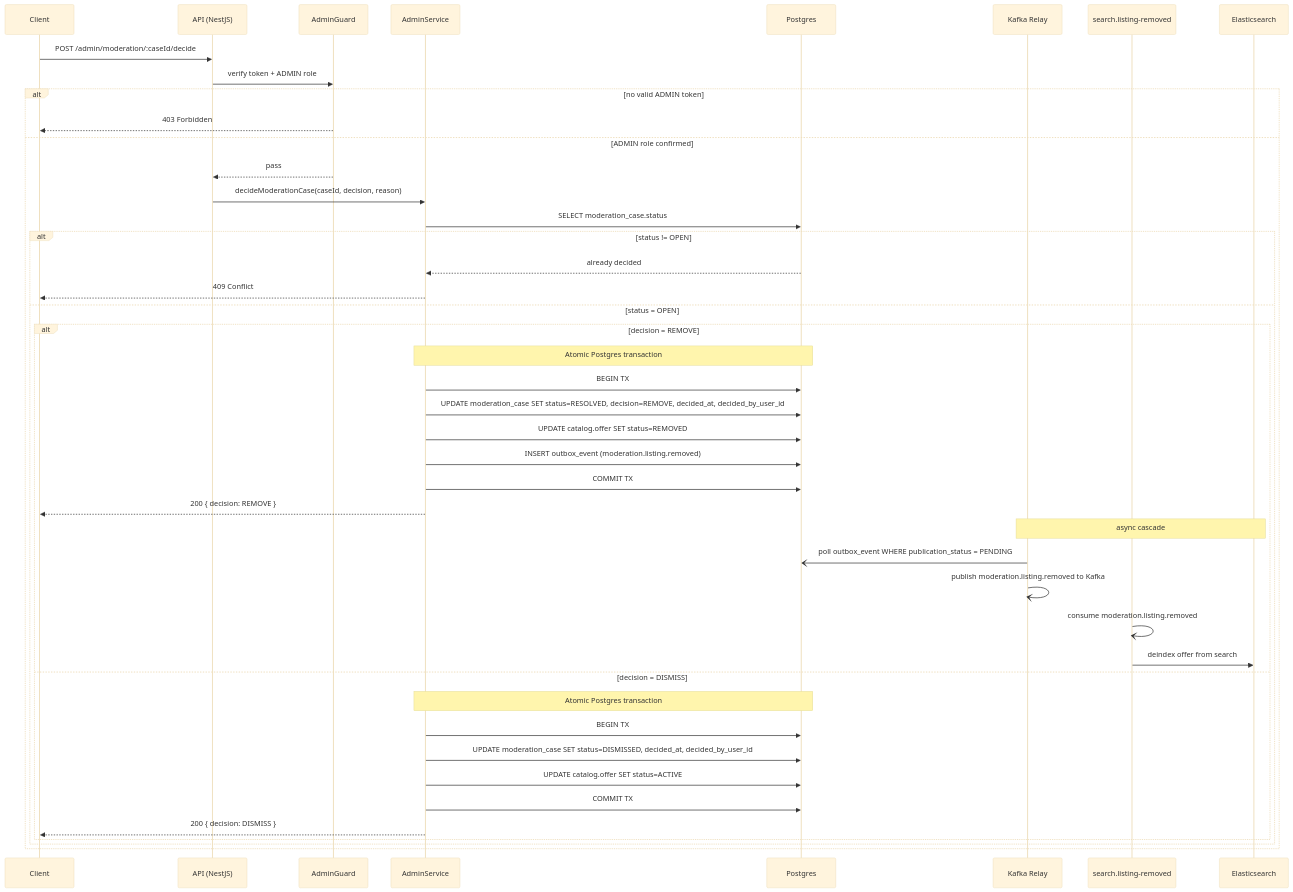
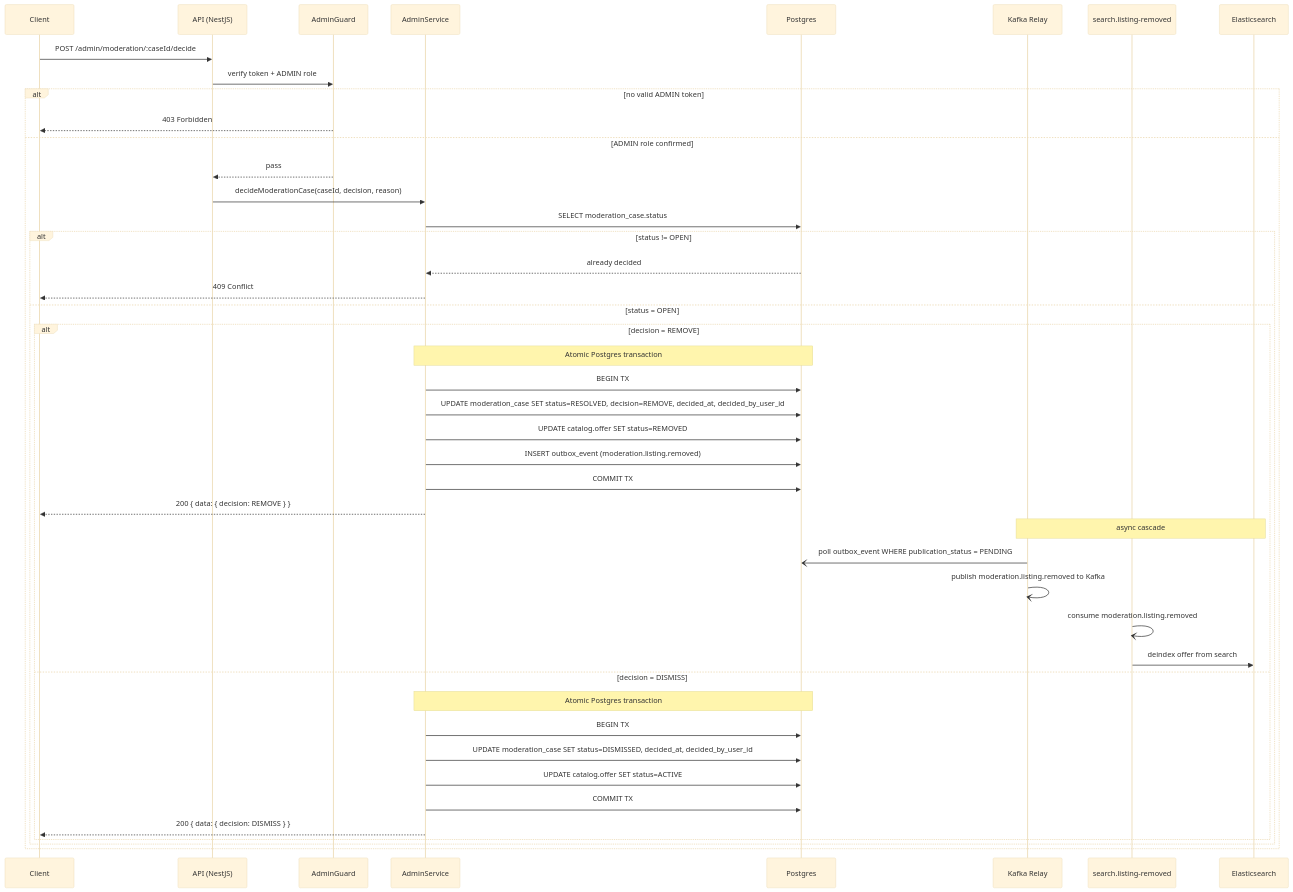
One commit to alisa-uthi/aliceut-ecom-document changed the tenth of 12 diagrams in phase-1/technical-design/api-design/admin.md. Above: the diagram before and after it, drawn with Mermaid (base theme). The commit also changed other lines of this file and 22 other files, not shown here.

````diff
--- a/phase-1/technical-design/api-design/admin.md
+++ b/phase-1/technical-design/api-design/admin.md
@@ -539,47 +543,47 @@
 ```mermaid
 sequenceDiagram
     participant C as Client
     participant API as API (NestJS)
     participant G as AdminGuard
     participant S as AdminService
     participant PG as Postgres
     participant Relay as Kafka Relay
     participant SC as search.listing-removed
     participant ES as Elasticsearch
 
     C->>API: POST /admin/moderation/:caseId/decide
     API->>G: verify token + ADMIN role
     alt no valid ADMIN token
         G-->>C: 403 Forbidden
     else ADMIN role confirmed
         G-->>API: pass
         API->>S: decideModerationCase(caseId, decision, reason)
         S->>PG: SELECT moderation_case.status
         alt status != OPEN
             PG-->>S: already decided
             S-->>C: 409 Conflict
         else status = OPEN
             alt decision = REMOVE
                 Note over S,PG: Atomic Postgres transaction
                 S->>PG: BEGIN TX
                 S->>PG: UPDATE moderation_case SET status=RESOLVED, decision=REMOVE, decided_at, decided_by_user_id
                 S->>PG: UPDATE catalog.offer SET status=REMOVED
                 S->>PG: INSERT outbox_event (moderation.listing.removed)
                 S->>PG: COMMIT TX
-                S-->>C: 200 { decision: REMOVE }
+                S-->>C: 200 { data: { decision: REMOVE } }
                 Note over Relay,ES: async cascade
                 Relay-)PG: poll outbox_event WHERE publication_status = PENDING
                 Relay-)Relay: publish moderation.listing.removed to Kafka
                 SC-)SC: consume moderation.listing.removed
                 SC->>ES: deindex offer from search
             else decision = DISMISS
                 Note over S,PG: Atomic Postgres transaction
                 S->>PG: BEGIN TX
                 S->>PG: UPDATE moderation_case SET status=DISMISSED, decided_at, decided_by_user_id
                 S->>PG: UPDATE catalog.offer SET status=ACTIVE
                 S->>PG: COMMIT TX
-                S-->>C: 200 { decision: DISMISS }
+                S-->>C: 200 { data: { decision: DISMISS } }
             end
         end
     end
 ```
````
